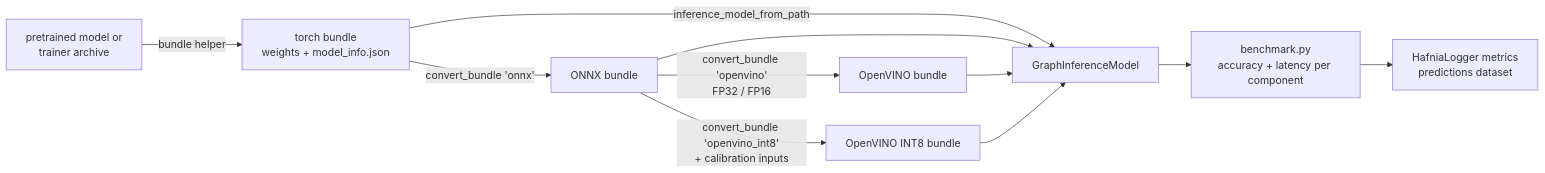
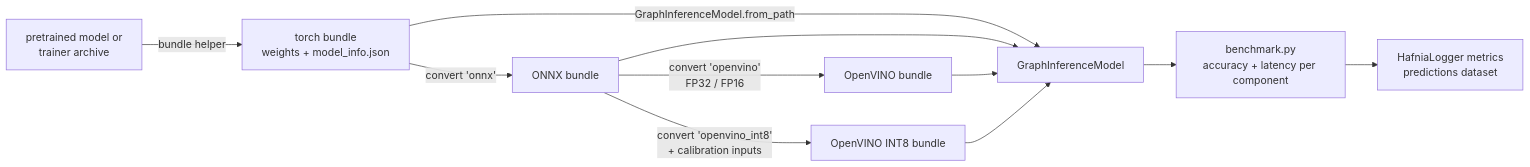
The diagram in docs/design.md (milestone-hafnia/hafnia-inference-model), drawn with Mermaid before and after one commit. The commit also changed other lines of this file and 39 other files, not shown here.

First line of the commit message:
Make ModelBundle and GraphInferenceModel the user interface

````diff
--- a/docs/design.md
+++ b/docs/design.md
@@ -645,13 +683,13 @@
 ```mermaid
 flowchart LR
     A[pretrained model or<br/>trainer archive] -->|bundle helper| T[torch bundle<br/>weights + model_info.json]
-    T -->|convert_bundle 'onnx'| B[ONNX bundle]
-    B -->|convert_bundle 'openvino'<br/>FP32 / FP16| D[OpenVINO bundle]
-    B -->|convert_bundle 'openvino_int8'<br/>+ calibration inputs| Q[OpenVINO INT8 bundle]
-    T -->|inference_model_from_path| M[GraphInferenceModel]
+    T -->|convert 'onnx'| B[ONNX bundle]
+    B -->|convert 'openvino'<br/>FP32 / FP16| D[OpenVINO bundle]
+    B -->|convert 'openvino_int8'<br/>+ calibration inputs| Q[OpenVINO INT8 bundle]
+    T -->|GraphInferenceModel.from_path| M[GraphInferenceModel]
     B --> M
     D --> M
     Q --> M
     M --> F[benchmark.py<br/>accuracy + latency per component]
     F --> G[HafniaLogger metrics<br/>predictions dataset]
 ```
````
